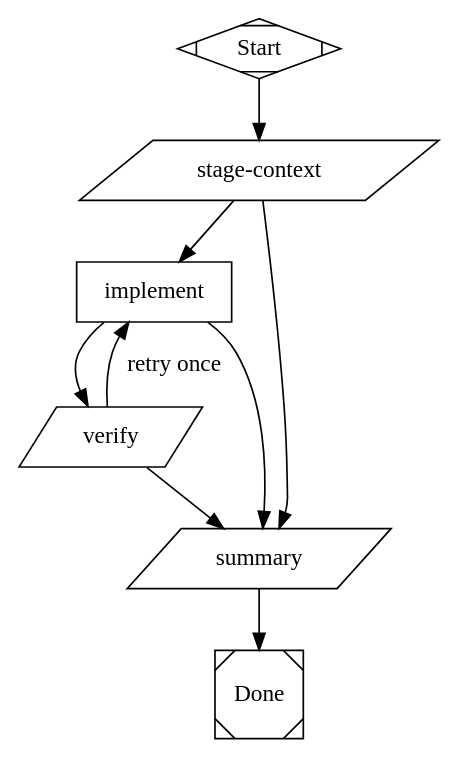
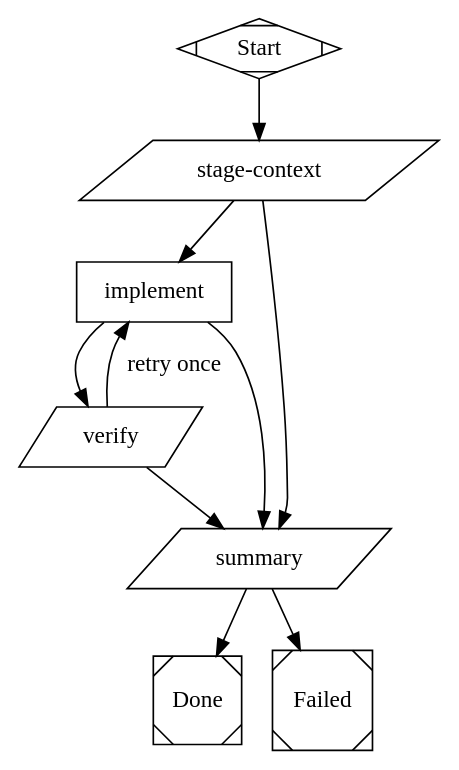
Before and after one commit to mattleaverton/kilroy: the diagram in workflows/implement/graph.dot, drawn with Graphviz. The commit also changed 10 other files, not shown here.

```diff
--- a/workflows/implement/graph.dot
+++ b/workflows/implement/graph.dot
@@ -1,34 +1,40 @@
 digraph implement {
     graph [
         inputs="prompt",
         outputs="result.md",
         model_stylesheet="
             * { llm_provider: anthropic; llm_model: claude-sonnet-4.6; }
         "
     ]
 
     start         [shape=Mdiamond, label="Start"]
     stage_context [shape=parallelogram, label="stage-context",
                    tool_command="bash .kilroy/package/scripts/stage-context.sh"]
     agent         [shape=box, label="implement", agent_tool="claude", agent_class="hard_coding",
                    prompt="You are working in a kilroy worktree. Code changes are auto-committed at node end. Do not run git commit yourself. Your task is in .kilroy/INPUT.md under the ## prompt section. If a ## context_files section is present, those paths point at files the user wants you to read for context. If a ## scope_directive section is present, treat it as a hard guardrail: do not touch files outside the named scope. Do NOT run go test ./... — too noisy; use go test <package> -run <pattern> for targeted verification. Time-cap your work: if a single approach is not converging within ~15 minutes, write what you have to result.md with a BLOCKED: prefix and stop. Output: write result.md at the workspace root. Required sections: Summary (1-2 sentences), Files touched (list), Diff outline (bullets), Tests added (if any), Open questions. When finished, write {\"status\":\"success\"} to $KILROY_STAGE_STATUS_PATH or $KILROY_STAGE_STATUS_FALLBACK_PATH if that fails.",
                    outputs="result.md"]
     verify        [shape=parallelogram, label="verify",
                    tool_command="bash .kilroy/package/scripts/verify.sh"]
     summary       [shape=parallelogram, label="summary",
-                   tool_command="bash .kilroy/package/scripts/summary.sh"]
+                   tool_command="bash .kilroy/package/scripts/summary.sh",
+                   max_retries="0"]
     done          [shape=Msquare, label="Done"]
+    failed        [shape=Msquare, terminal_status="fail", label="Failed",
+                   failure_reason="agent_did_not_write_result"]
 
     // Failure paths route through `summary` so the run captures what
-    // happened in result.md before terminating. summary always succeeds
-    // (it synthesizes a BLOCKED: result.md when the agent didn't
-    // produce one), so its terminal edge can be unconditioned.
+    // happened in result.md before terminating. summary itself fails
+    // (exit 1, status=fail) when it had to synthesize a BLOCKED stub
+    // because the agent didn't write result.md — and the failed
+    // terminal then records FinalFail at the run level, so dashboards
+    // can trust final.json.status.
     start         -> stage_context
     stage_context -> agent          [condition="outcome=success"]
     stage_context -> summary        [condition="outcome!=success"]
     agent         -> verify         [condition="outcome=success"]
     agent         -> summary        [condition="outcome!=success"]
     verify        -> summary        [condition="outcome=success"]
     verify        -> agent          [condition="outcome!=success", label="retry once"]
     summary       -> done            [condition="outcome=success"]
+    summary       -> failed          [condition="outcome!=success"]
 }
```
